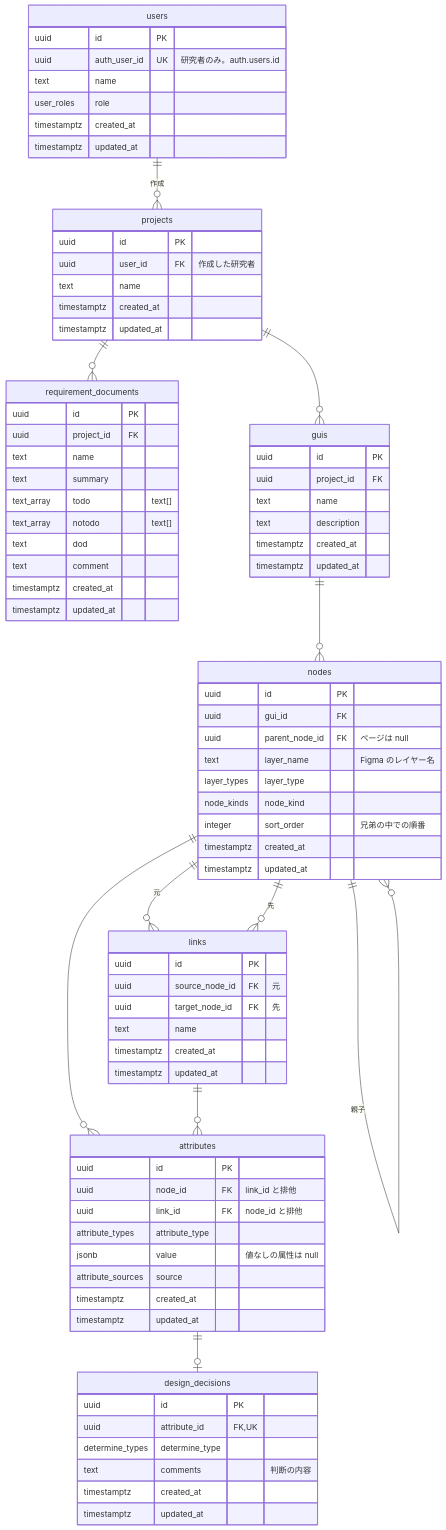
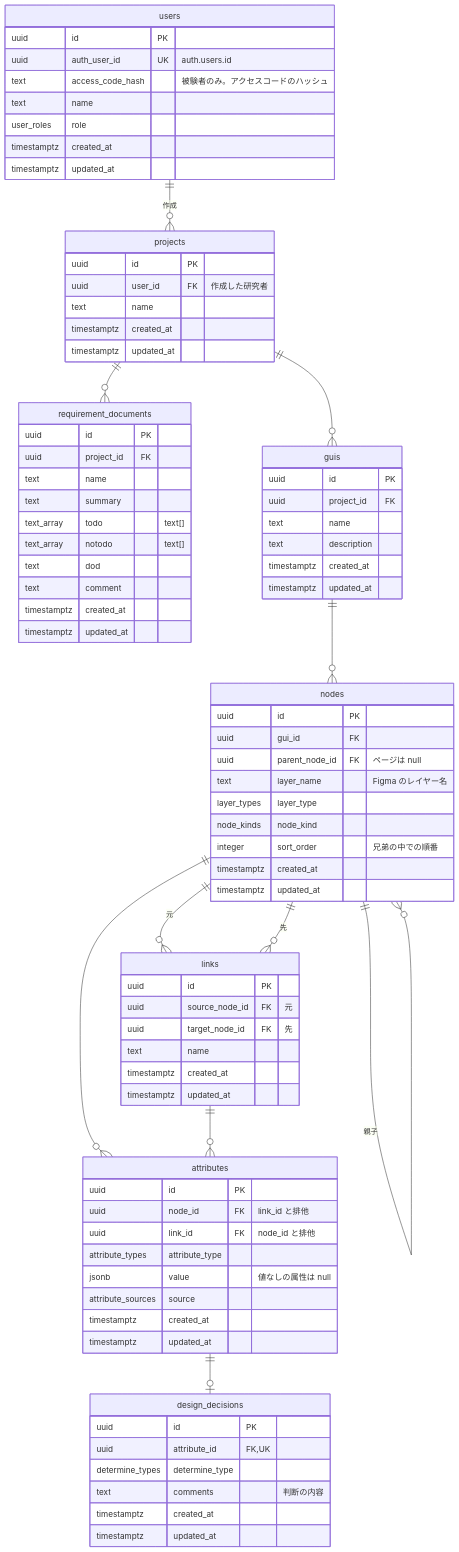
Before and after one commit to haana12332/FinalProject: the first of 2 diagrams in docs/db-schema.md, drawn with Mermaid. The commit also changed other lines of this file and 2 other files, not shown here.

```diff
--- a/docs/db-schema.md
+++ b/docs/db-schema.md
@@ -45,7 +45,8 @@
 
     users {
         uuid id PK
-        uuid auth_user_id UK "研究者のみ。auth.users.id"
+        uuid auth_user_id UK "auth.users.id"
+        text access_code_hash "被験者のみ。アクセスコードのハッシュ"
         text name
         user_roles role
         timestamptz created_at
```
